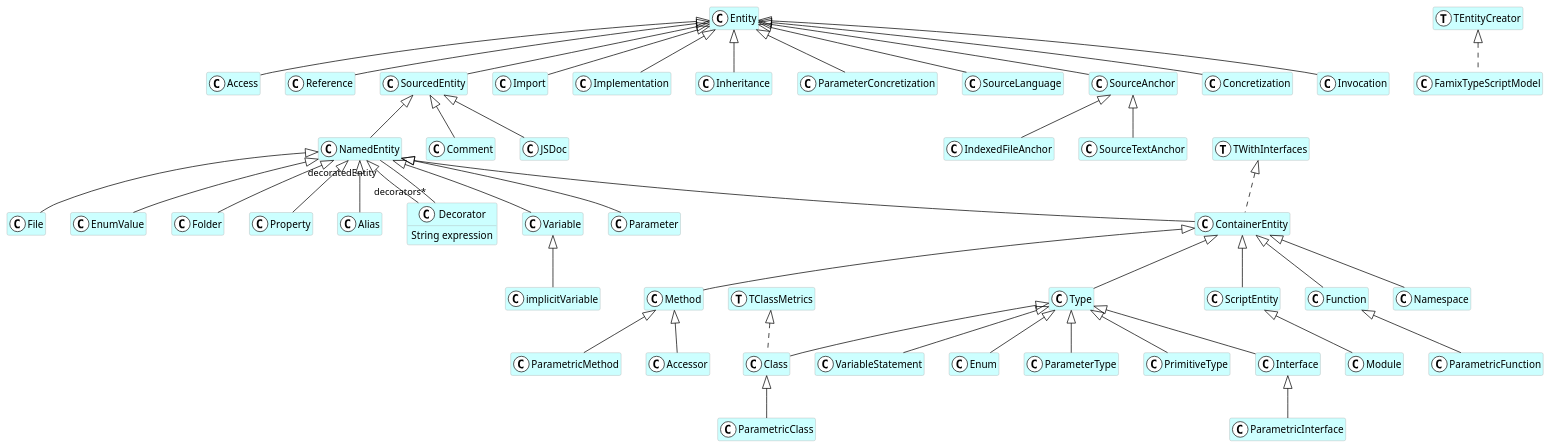
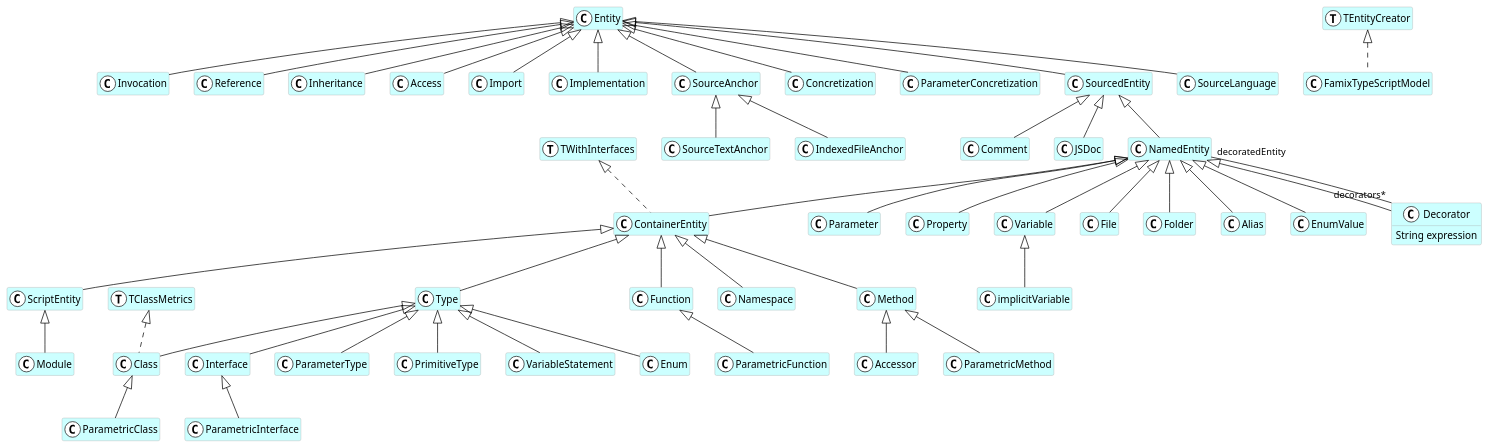
Before and after one commit to fuhrmanator/FamixTypeScript: the diagram in doc-uml/FamixTypeScript.puml, drawn with PlantUML. The commit also changed other lines of this file and 3 other files, not shown here.

```diff
--- a/doc-uml/FamixTypeScript.puml
+++ b/doc-uml/FamixTypeScript.puml
@@ -1,152 +1,152 @@
 @startuml
 hide empty members
 skinparam class {
   BackgroundColor white
   ArrowColor black
   BorderColor darkGray
 }
-class Function <<(C,white)>> #CCFFFF {
+class implicitVariable <<(C,white)>> #CCFFFF {
+}
+class TWithInterfaces <<(T,white)>> #CCFFFF {
+}
+class Invocation <<(C,white)>> #CCFFFF {
+}
+class Parameter <<(C,white)>> #CCFFFF {
+}
+class Namespace <<(C,white)>> #CCFFFF {
+}
+class FamixTypeScriptModel <<(C,white)>> #CCFFFF {
+}
+class SourceTextAnchor <<(C,white)>> #CCFFFF {
+}
+class Reference <<(C,white)>> #CCFFFF {
+}
+class PrimitiveType <<(C,white)>> #CCFFFF {
+}
+class Comment <<(C,white)>> #CCFFFF {
+}
+class Method <<(C,white)>> #CCFFFF {
+}
+class Decorator <<(C,white)>> #CCFFFF {
+  String expression
+}
+class Module <<(C,white)>> #CCFFFF {
+}
+class Inheritance <<(C,white)>> #CCFFFF {
+}
+class ScriptEntity <<(C,white)>> #CCFFFF {
+}
+class Property <<(C,white)>> #CCFFFF {
+}
+class TClassMetrics <<(T,white)>> #CCFFFF {
+}
+class Access <<(C,white)>> #CCFFFF {
 }
 class TEntityCreator <<(T,white)>> #CCFFFF {
 }
-class File <<(C,white)>> #CCFFFF {
+class VariableStatement <<(C,white)>> #CCFFFF {
+}
+class Accessor <<(C,white)>> #CCFFFF {
+}
+class Variable <<(C,white)>> #CCFFFF {
+}
+class Import <<(C,white)>> #CCFFFF {
 }
 class Enum <<(C,white)>> #CCFFFF {
 }
-class ContainerEntity <<(C,white)>> #CCFFFF {
+class Implementation <<(C,white)>> #CCFFFF {
 }
-class ParametricFunction <<(C,white)>> #CCFFFF {
+class Interface <<(C,white)>> #CCFFFF {
+}
+class File <<(C,white)>> #CCFFFF {
+}
+class JSDoc <<(C,white)>> #CCFFFF {
+}
+class Folder <<(C,white)>> #CCFFFF {
+}
+class SourceAnchor <<(C,white)>> #CCFFFF {
+}
+class NamedEntity <<(C,white)>> #CCFFFF {
 }
 class Class <<(C,white)>> #CCFFFF {
 }
-class Access <<(C,white)>> #CCFFFF {
-}
-class implicitVariable <<(C,white)>> #CCFFFF {
-}
-class FamixTypeScriptModel <<(C,white)>> #CCFFFF {
-}
-class Reference <<(C,white)>> #CCFFFF {
+class IndexedFileAnchor <<(C,white)>> #CCFFFF {
 }
 class Entity <<(C,white)>> #CCFFFF {
 }
 class ParametricInterface <<(C,white)>> #CCFFFF {
 }
-class ParameterType <<(C,white)>> #CCFFFF {
+class ParametricFunction <<(C,white)>> #CCFFFF {
 }
-class IndexedFileAnchor <<(C,white)>> #CCFFFF {
+class ParametricMethod <<(C,white)>> #CCFFFF {
+}
+class Concretization <<(C,white)>> #CCFFFF {
+}
+class Type <<(C,white)>> #CCFFFF {
+}
+class Alias <<(C,white)>> #CCFFFF {
+}
+class EnumValue <<(C,white)>> #CCFFFF {
+}
+class ParameterConcretization <<(C,white)>> #CCFFFF {
 }
 class SourcedEntity <<(C,white)>> #CCFFFF {
 }
-class Import <<(C,white)>> #CCFFFF {
-}
-class Implementation <<(C,white)>> #CCFFFF {
-}
-class EnumValue <<(C,white)>> #CCFFFF {
-}
-class Namespace <<(C,white)>> #CCFFFF {
-}
-class Inheritance <<(C,white)>> #CCFFFF {
-}
-class ParameterConcretization <<(C,white)>> #CCFFFF {
-}
-class Folder <<(C,white)>> #CCFFFF {
-}
-class Decorator <<(C,white)>> #CCFFFF {
-  String expression
-}
-class PrimitiveType <<(C,white)>> #CCFFFF {
-}
-class NamedEntity <<(C,white)>> #CCFFFF {
-}
-class Property <<(C,white)>> #CCFFFF {
-}
 class SourceLanguage <<(C,white)>> #CCFFFF {
 }
-class TClassMetrics <<(T,white)>> #CCFFFF {
+class ParameterType <<(C,white)>> #CCFFFF {
 }
-class Method <<(C,white)>> #CCFFFF {
+class Function <<(C,white)>> #CCFFFF {
 }
 class ParametricClass <<(C,white)>> #CCFFFF {
 }
-class Comment <<(C,white)>> #CCFFFF {
+class ContainerEntity <<(C,white)>> #CCFFFF {
 }
-class Accessor <<(C,white)>> #CCFFFF {
-}
-class Module <<(C,white)>> #CCFFFF {
-}
-class TWithInterfaces <<(T,white)>> #CCFFFF {
-}
-class SourceTextAnchor <<(C,white)>> #CCFFFF {
-}
-class ParametricMethod <<(C,white)>> #CCFFFF {
-}
-class JSDoc <<(C,white)>> #CCFFFF {
-}
-class SourceAnchor <<(C,white)>> #CCFFFF {
-}
-class Alias <<(C,white)>> #CCFFFF {
-}
-class Concretization <<(C,white)>> #CCFFFF {
-}
-class Interface <<(C,white)>> #CCFFFF {
-}
-class Variable <<(C,white)>> #CCFFFF {
-}
-class Type <<(C,white)>> #CCFFFF {
-}
-class ScriptEntity <<(C,white)>> #CCFFFF {
-}
-class VariableStatement <<(C,white)>> #CCFFFF {
-}
-class Parameter <<(C,white)>> #CCFFFF {
-}
-class Invocation <<(C,white)>> #CCFFFF {
-}
+Variable <|-- implicitVariable
+Entity <|-- Invocation
+NamedEntity <|-- Parameter
+ContainerEntity <|-- Namespace
+SourceAnchor <|-- SourceTextAnchor
+Entity <|-- Reference
+SourcedEntity <|-- Comment
+Type <|-- PrimitiveType
+ScriptEntity <|-- Module
+NamedEntity <|-- Decorator
+ContainerEntity <|-- Method
+Entity <|-- Inheritance
+ContainerEntity <|-- ScriptEntity
+NamedEntity <|-- Property
+Entity <|-- Access
+Type <|-- VariableStatement
+Method <|-- Accessor
+NamedEntity <|-- Variable
+Entity <|-- Import
+Type <|-- Enum
+Entity <|-- Implementation
+Type <|-- Interface
+SourcedEntity <|-- JSDoc
+NamedEntity <|-- File
+NamedEntity <|-- Folder
+SourceAnchor <|-- IndexedFileAnchor
+Entity <|-- SourceAnchor
+Function <|-- ParametricFunction
+Method <|-- ParametricMethod
+SourcedEntity <|-- NamedEntity
+Type <|-- Class
+Interface <|-- ParametricInterface
+Entity <|-- Concretization
+ContainerEntity <|-- Type
+NamedEntity <|-- Alias
+NamedEntity <|-- EnumValue
+Entity <|-- ParameterConcretization
+Entity <|-- SourcedEntity
+Entity <|-- SourceLanguage
+Type <|-- ParameterType
 ContainerEntity <|-- Function
-NamedEntity <|-- File
+Class <|-- ParametricClass
 NamedEntity <|-- ContainerEntity
-Type <|-- Enum
-Function <|-- ParametricFunction
-Type <|-- Class
-Entity <|-- Access
-Variable <|-- implicitVariable
-Entity <|-- Reference
-Type <|-- ParameterType
-SourceAnchor <|-- IndexedFileAnchor
-Entity <|-- Import
-Entity <|-- Implementation
-Interface <|-- ParametricInterface
-Entity <|-- SourcedEntity
-NamedEntity <|-- EnumValue
-ContainerEntity <|-- Namespace
-Entity <|-- Inheritance
-Entity <|-- ParameterConcretization
-NamedEntity <|-- Folder
-NamedEntity <|-- Decorator
-SourcedEntity <|-- NamedEntity
-Type <|-- PrimitiveType
-NamedEntity <|-- Property
-Entity <|-- SourceLanguage
-ContainerEntity <|-- Method
-Class <|-- ParametricClass
-SourcedEntity <|-- Comment
-Method <|-- Accessor
-ScriptEntity <|-- Module
-SourceAnchor <|-- SourceTextAnchor
-Method <|-- ParametricMethod
-SourcedEntity <|-- JSDoc
-Entity <|-- Concretization
-NamedEntity <|-- Alias
-Entity <|-- SourceAnchor
-Type <|-- Interface
-NamedEntity <|-- Variable
-ContainerEntity <|-- Type
-Type <|-- VariableStatement
-ContainerEntity <|-- ScriptEntity
-NamedEntity <|-- Parameter
-Entity <|-- Invocation
+TEntityCreator <|.. FamixTypeScriptModel
+TClassMetrics <|.. Class
 TWithInterfaces <|.. ContainerEntity
-TClassMetrics <|.. Class
-TEntityCreator <|.. FamixTypeScriptModel
 Decorator "decorators*" -- "decoratedEntity" NamedEntity
 @enduml
```
